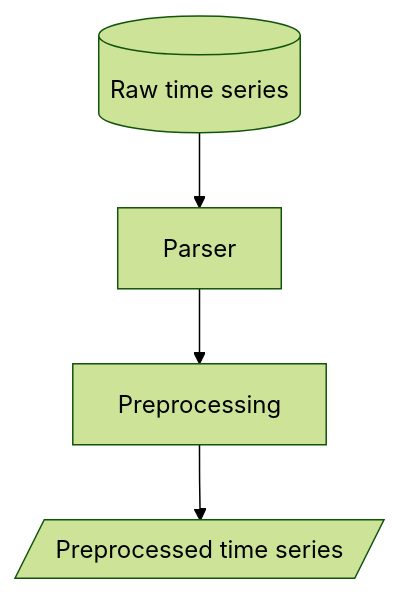
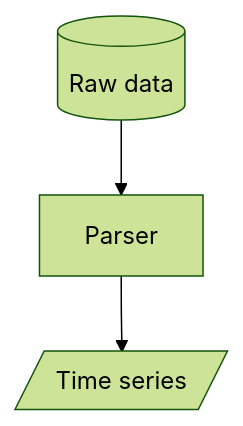
Before and after one commit to biomarkersParkinson/.github: the first of 2 diagrams in profile/README.md, drawn with Mermaid (forest theme). The commit also changed other lines of this file, not shown here.

Commit message:
Minor change to graph

````diff
--- a/profile/README.md
+++ b/profile/README.md
@@ -29,4 +29,4 @@
 ```mermaid
 graph TD;
-    Input[("Raw time series")] --> Parser --> Preprocessing --> Output[/Preprocessed time series/]
+    Input[("Raw data")] --> Parser --> Output[/Time series/]
 ```
````
